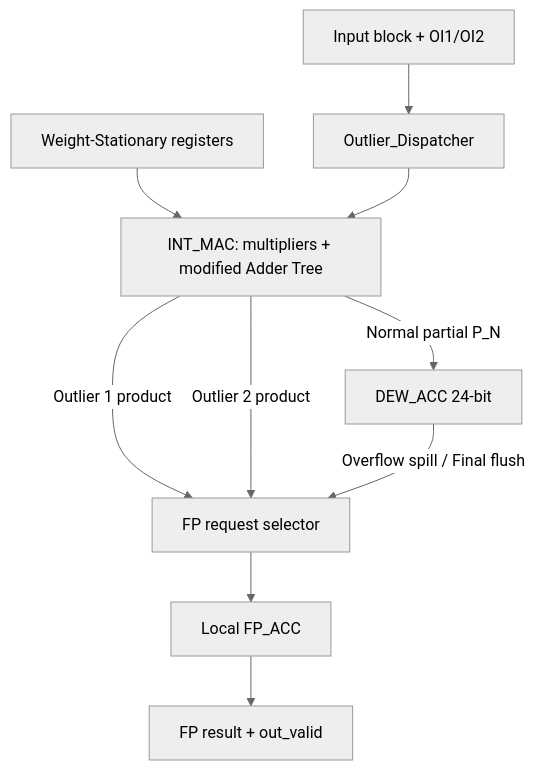
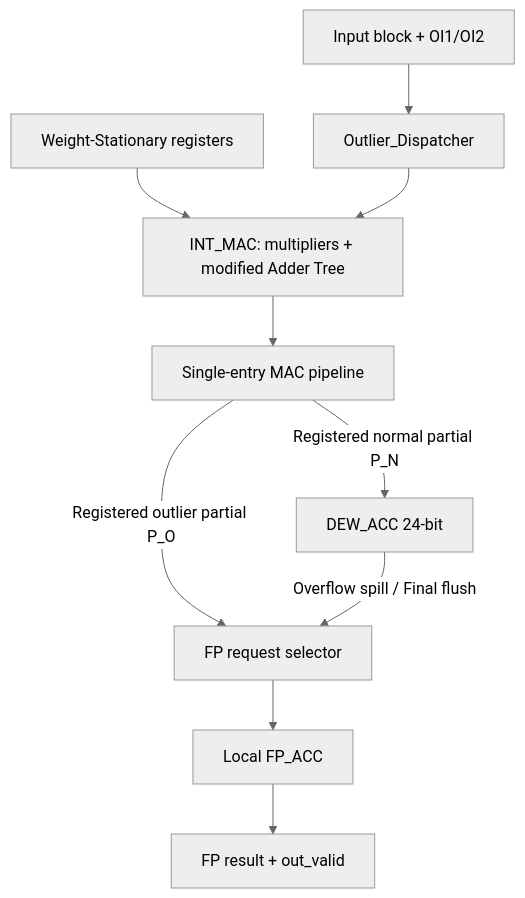
One commit to akira2963753/research-space changed the diagram in research1/docs/DEW_PE_Implementation_Plan.md. Above: the diagram before and after it, drawn with Mermaid (neutral theme). The commit also changed other lines of this file and 164 other files, not shown here.

````diff
--- a/research1/docs/DEW_PE_Implementation_Plan.md
+++ b/research1/docs/DEW_PE_Implementation_Plan.md
@@ -58,12 +58,12 @@
 ```mermaid
 flowchart TD
     IN[Input block + OI1/OI2] --> OD[Outlier_Dispatcher]
     WR[Weight-Stationary registers] --> MAC[16 lane multipliers]
     OD --> MAC
-    MAC[INT_MAC: multipliers + modified Adder Tree] -->|Normal partial P_N| DA[DEW_ACC 24-bit]
-    MAC -->|Outlier 1 product| ARB[FP request selector]
-    MAC -->|Outlier 2 product| ARB
+    MAC[INT_MAC: multipliers + modified Adder Tree] --> PIPE[Single-entry MAC pipeline]
+    PIPE -->|Registered normal partial P_N| DA[DEW_ACC 24-bit]
+    PIPE -->|Registered outlier partial P_O| ARB[FP request selector]
     DA -->|Overflow spill / Final flush| ARB
     ARB --> FP[Local FP_ACC]
     FP --> OUT[FP result + out_valid]
 ```
````
